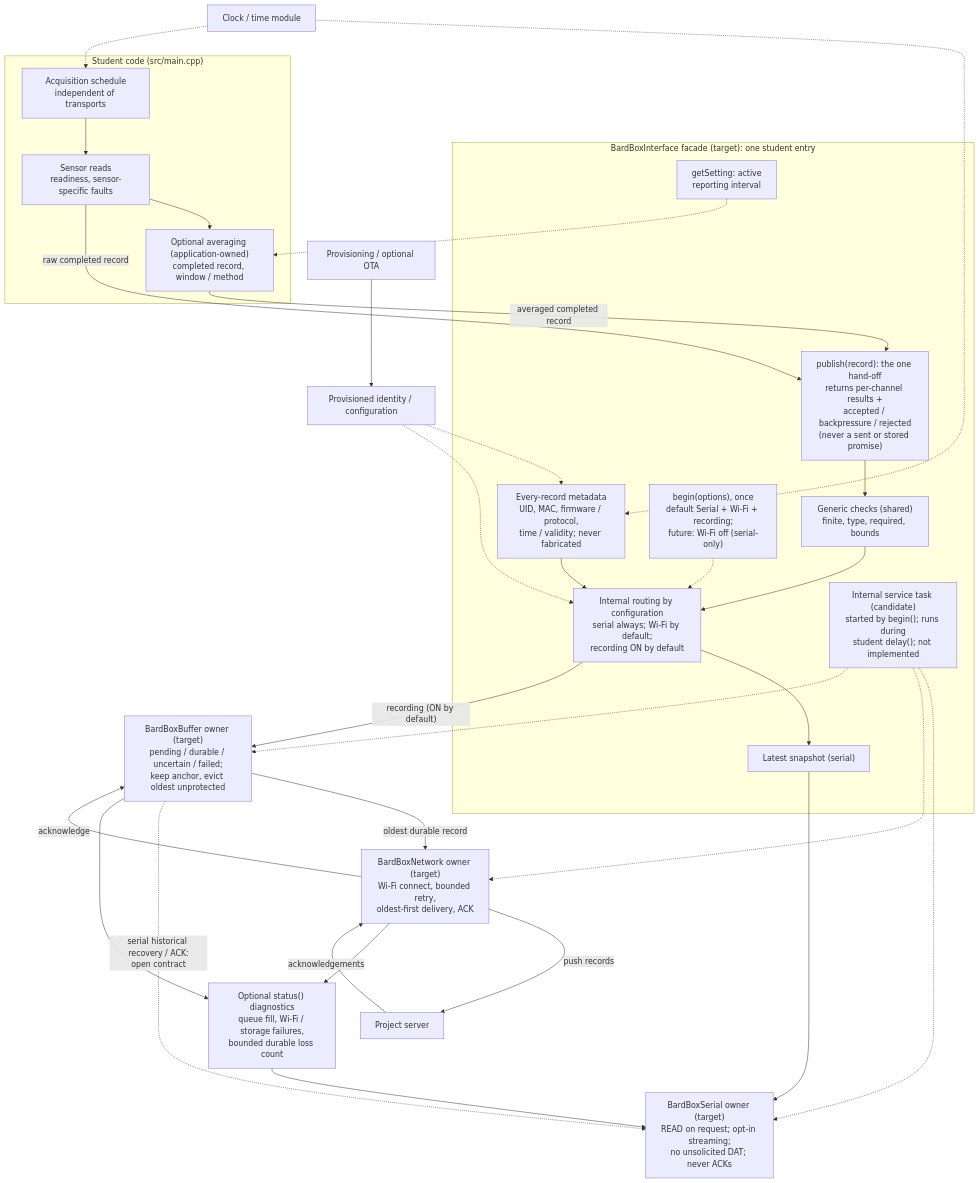
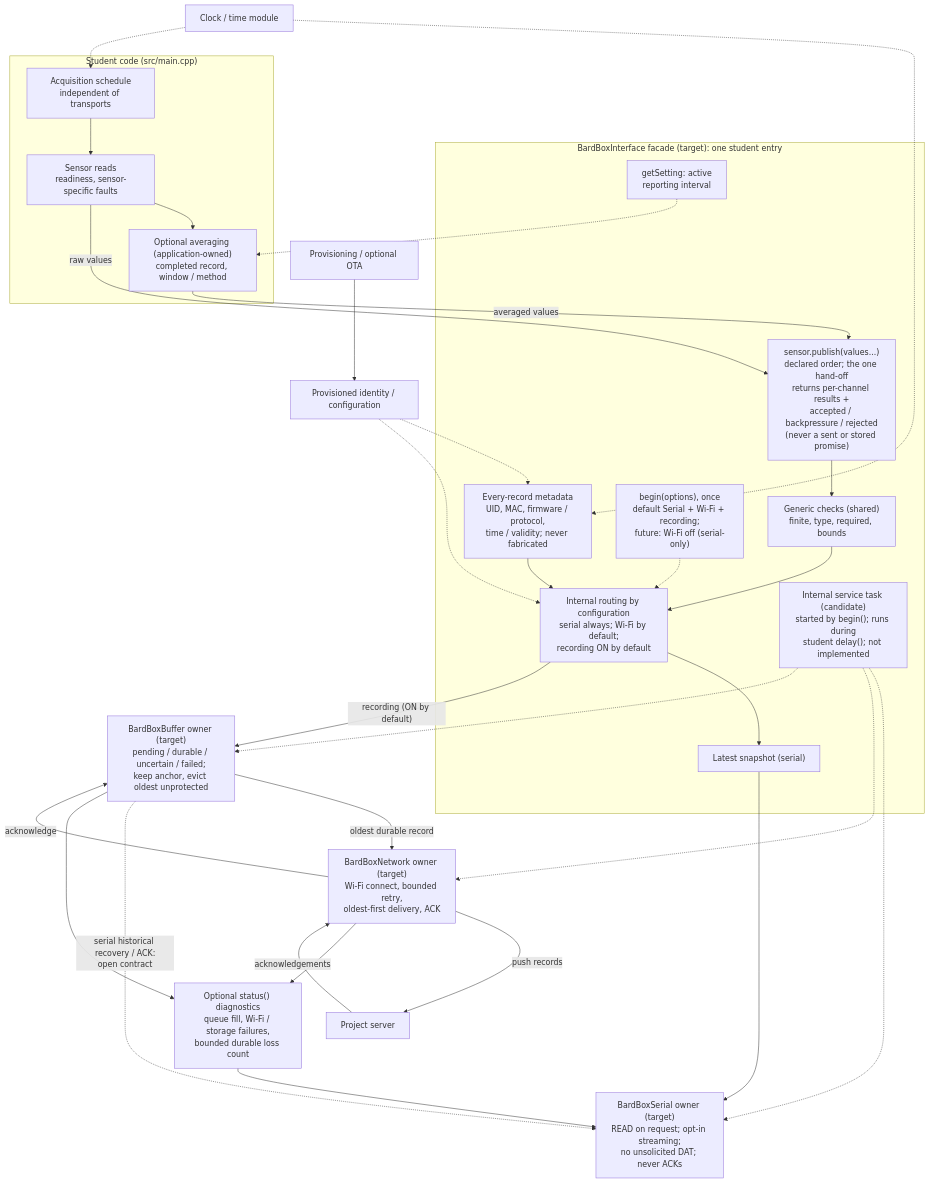
One commit to bardphysicslab/bardbox changed the first of 3 diagrams in docs/architecture-map.md. Above: the diagram before and after it, drawn with Mermaid. The commit also changed 2 other files, not shown here.

Commit message:
Hand-off becomes sensor.publish(values...) in declared order (FW-SENSOR-PUBLISH-1)
Accepted target: after registering a logical sensor's measurements, the
student passes already-acquired values positionally, e.g.
bme280.publish(humidity, temperature, pressure); no record builder or
global publish. The sensor delegates to the one BardBoxInterface device,
which validates count, type (with integer-to-FLOAT), finiteness and
bounds, adds metadata, builds the internal record and copies it into the
FW-SERVICE-1 bounded admission slots. Same-type swaps cannot be detected.
The example is one logical BME280 with explicit driver init and delay.
Integer humidity is passed only from a valid reading; failures use an
explicit failure form (spelling open). Per-sensor versus full-node
grouping and the versioned HEADER/DAT/server mapping are an open gate
before code. The record-builder example is linked as history (9876221).
Diagram and BB-005 updated. Docs only.

````diff
--- a/docs/architecture-map.md
+++ b/docs/architecture-map.md
@@ -49,50 +49,50 @@
 ```mermaid
 flowchart TB
     subgraph App["Student code (src/main.cpp)"]
         Acquisition["Acquisition schedule<br/>independent of transports"]
         Sensors["Sensor reads<br/>readiness, sensor-specific faults"]
         Averaging["Optional averaging (application-owned)<br/>completed record, window / method"]
         Acquisition --> Sensors
         Sensors --> Averaging
     end
     subgraph Facade["BardBoxInterface facade (target): one student entry"]
-        Publish["publish(record): the one hand-off<br/>returns per-channel results +<br/>accepted / backpressure / rejected<br/>(never a sent or stored promise)"]
+        Publish["sensor.publish(values...)<br/>declared order; the one hand-off<br/>returns per-channel results +<br/>accepted / backpressure / rejected<br/>(never a sent or stored promise)"]
         Checks["Generic checks (shared)<br/>finite, type, required, bounds"]
         Metadata["Every-record metadata<br/>UID, MAC, firmware / protocol,<br/>time / validity; never fabricated"]
         Route["Internal routing by configuration<br/>serial always; Wi-Fi by default;<br/>recording ON by default"]
         Latest["Latest snapshot (serial)"]
         Settings["getSetting: active<br/>reporting interval"]
         Service["Internal service task (candidate)<br/>started by begin(); runs during<br/>student delay(); not implemented"]
         Begin["begin(options), once<br/>default Serial + Wi-Fi + recording;<br/>future: Wi-Fi off (serial-only)"]
         Begin -.-> Route
         Publish --> Checks --> Route
         Metadata --> Route
         Route --> Latest
     end
-    Sensors -->|"raw completed record"| Publish
-    Averaging -->|"averaged completed record"| Publish
+    Sensors -->|"raw values"| Publish
+    Averaging -->|"averaged values"| Publish
     Settings -.-> Averaging
     Serial["BardBoxSerial owner (target)<br/>READ on request; opt-in streaming;<br/>no unsolicited DAT; never ACKs"]
     Buffer["BardBoxBuffer owner (target)<br/>pending / durable / uncertain / failed;<br/>keep anchor, evict oldest unprotected"]
     Network["BardBoxNetwork owner (target)<br/>Wi-Fi connect, bounded retry,<br/>oldest-first delivery, ACK"]
     Server["Project server"]
     Latest --> Serial
     Route -->|"recording (ON by default)"| Buffer
     Buffer -->|"oldest durable record"| Network
     Network -->|"push records"| Server
     Server -->|"acknowledgements"| Network
     Network -->|"acknowledge"| Buffer
     Buffer -.->|"serial historical recovery / ACK:<br/>open contract"| Serial
     Service -.-> Serial
     Service -.-> Network
     Service -.-> Buffer
     Identity["Provisioned identity / configuration"] -.-> Metadata
     Identity -.-> Route
     Time["Clock / time module"] -.-> Metadata
     Time -.-> Acquisition
     Diagnostics["Optional status() diagnostics<br/>queue fill, Wi-Fi / storage failures,<br/>bounded durable loss count"]
     Buffer --> Diagnostics
     Network --> Diagnostics
     Diagnostics --> Serial
     Maintenance["Provisioning / optional OTA"] --> Identity
 ```
````
